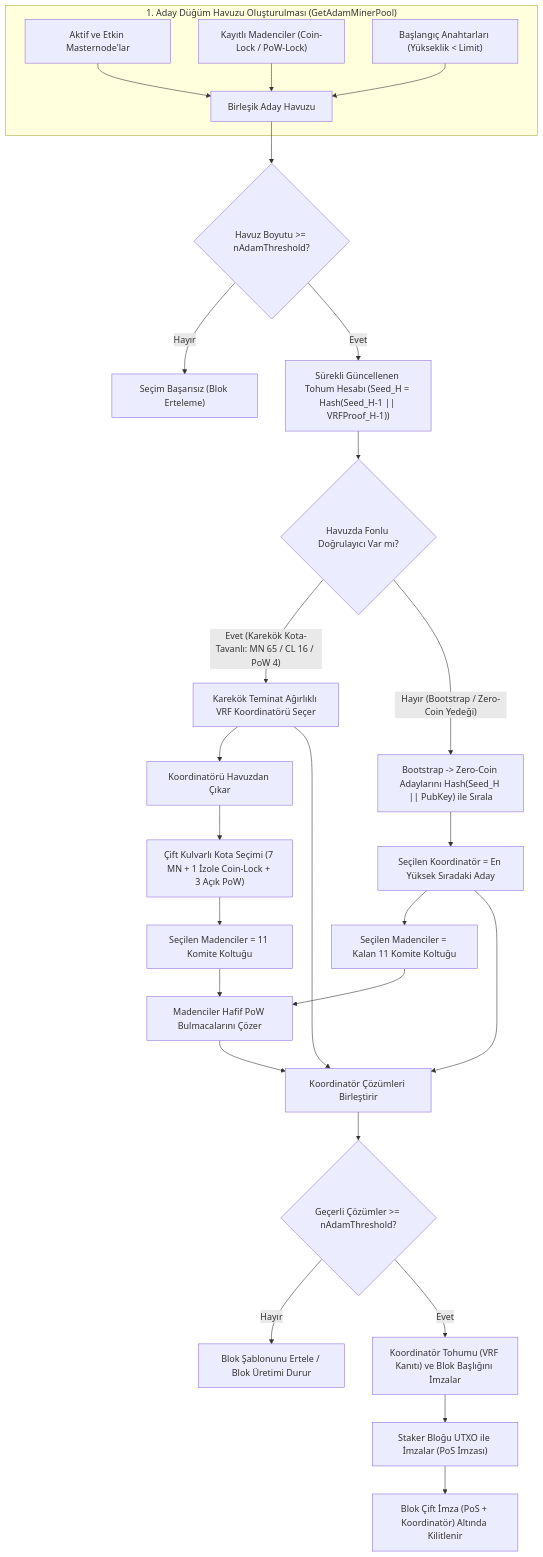
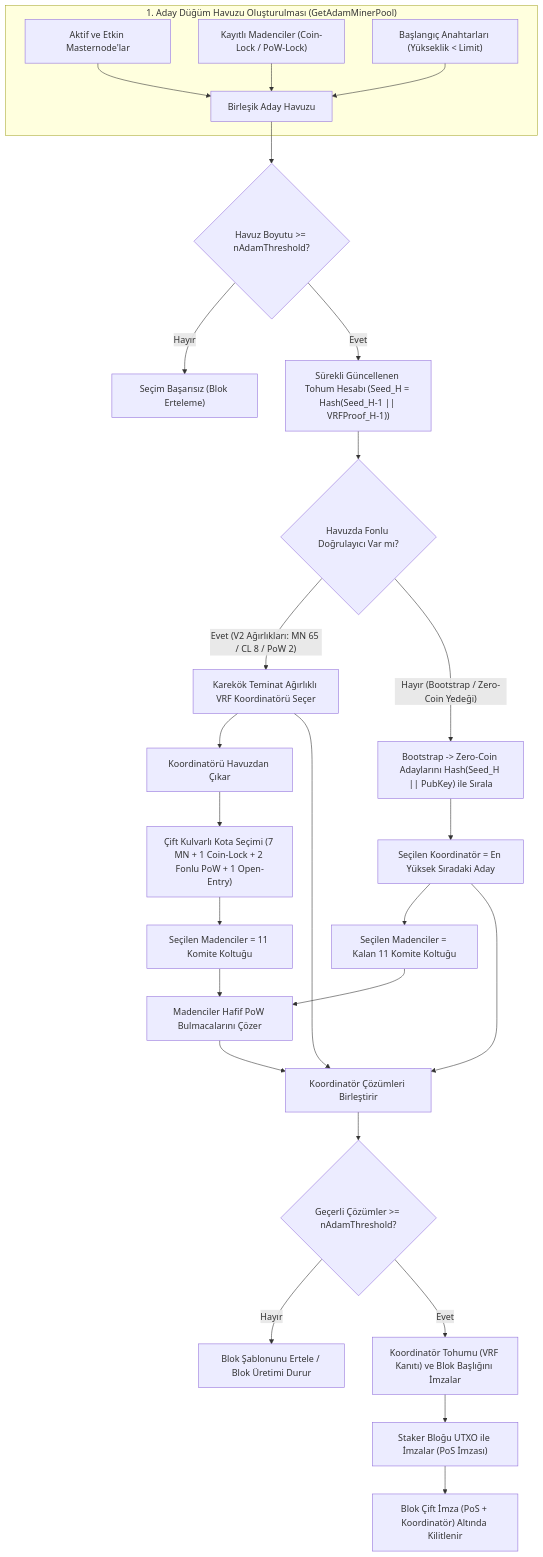
The diagram in doc/A Decentralized Approach Model (ADAM)_TR.md (bedri/KristaTech-KRISTA), drawn with Mermaid before and after one commit. The commit also changed other lines of this file and 102 other files, not shown here.

````diff
--- a/doc/A Decentralized Approach Model (ADAM)_TR.md
+++ b/doc/A Decentralized Approach Model (ADAM)_TR.md
@@ -168,43 +168,43 @@
 ```mermaid
 graph TD
     %% Havuz Oluşturma
     subgraph Pool_Construction ["1. Aday Düğüm Havuzu Oluşturulması (GetAdamMinerPool)"]
         A1["Aktif ve Etkin Masternode'lar"] --> A4["Birleşik Aday Havuzu"]
         A2["Kayıtlı Madenciler (Coin-Lock / PoW-Lock)"] --> A4
         A3["Başlangıç Anahtarları (Yükseklik < Limit)"] --> A4
     end
 
     %% Doğrulama ve Tohum Hesaplama
     A4 --> B{"Havuz Boyutu >= nAdamThreshold?"}
     B -- "Hayır" --> C["Seçim Başarısız (Blok Erteleme)"]
     B -- "Evet" --> D["Sürekli Güncellenen Tohum Hesabı (Seed_H = Hash(Seed_H-1 || VRFProof_H-1))"]
 
     %% Seçim Kuralları
     D --> E{"Havuzda Fonlu Doğrulayıcı Var mı?"}
     
     %% Karekök Teminat Ağırlıklı VRF
-    E -- "Evet (Karekök Kota-Tavanlı: MN 65 / CL 16 / PoW 4)" --> F1["Karekök Teminat Ağırlıklı VRF Koordinatörü Seçer"]
+    E -- "Evet (V2 Ağırlıkları: MN 65 / CL 8 / PoW 2)" --> F1["Karekök Teminat Ağırlıklı VRF Koordinatörü Seçer"]
     F1 --> F3["Koordinatörü Havuzdan Çıkar"]
-    F3 --> F4["Çift Kulvarlı Kota Seçimi (7 MN + 1 İzole Coin-Lock + 3 Açık PoW)"]
+    F3 --> F4["Çift Kulvarlı Kota Seçimi (7 MN + 1 Coin-Lock + 2 Fonlu PoW + 1 Open-Entry)"]
     F4 --> F5["Seçilen Madenciler = 11 Komite Koltuğu"]
     
     %% Bootstrap / Zero-Coin Yedeği
     E -- "Hayır (Bootstrap / Zero-Coin Yedeği)" --> G1["Bootstrap -> Zero-Coin Adaylarını Hash(Seed_H || PubKey) ile Sırala"]
     G1 --> G3["Seçilen Koordinatör = En Yüksek Sıradaki Aday"]
     G3 --> G2["Seçilen Madenciler = Kalan 11 Komite Koltuğu"]
 
     %% Çalıştırma Aşaması
     F5 --> H["Madenciler Hafif PoW Bulmacalarını Çözer"]
     G2 --> H
     
     H --> I["Koordinatör Çözümleri Birleştirir"]
     F1 --> I
     G3 --> I
     
     I --> J{"Geçerli Çözümler >= nAdamThreshold?"}
     J -- "Hayır" --> K["Blok Şablonunu Ertele / Blok Üretimi Durur"]
     
     J -- "Evet" --> L["Koordinatör Tohumu (VRF Kanıtı) ve Blok Başlığını İmzalar"]
     L --> M["Staker Bloğu UTXO ile İmzalar (PoS İmzası)"]
     M --> N["Blok Çift İmza (PoS + Koordinatör) Altında Kilitlenir"]
 ```
````
